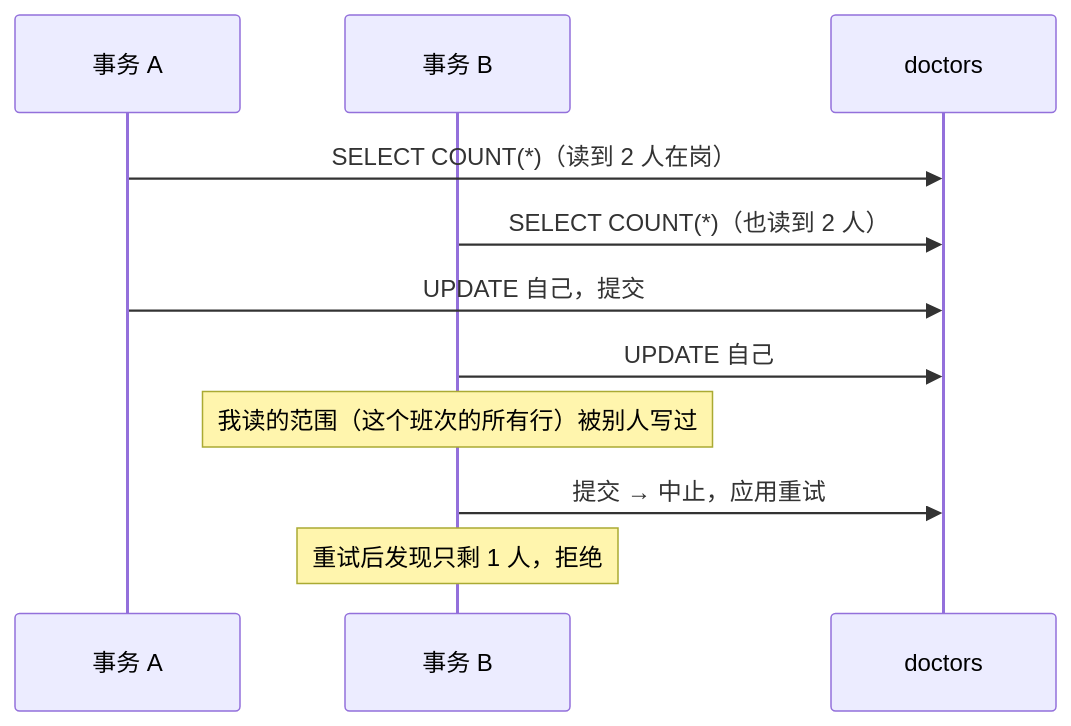
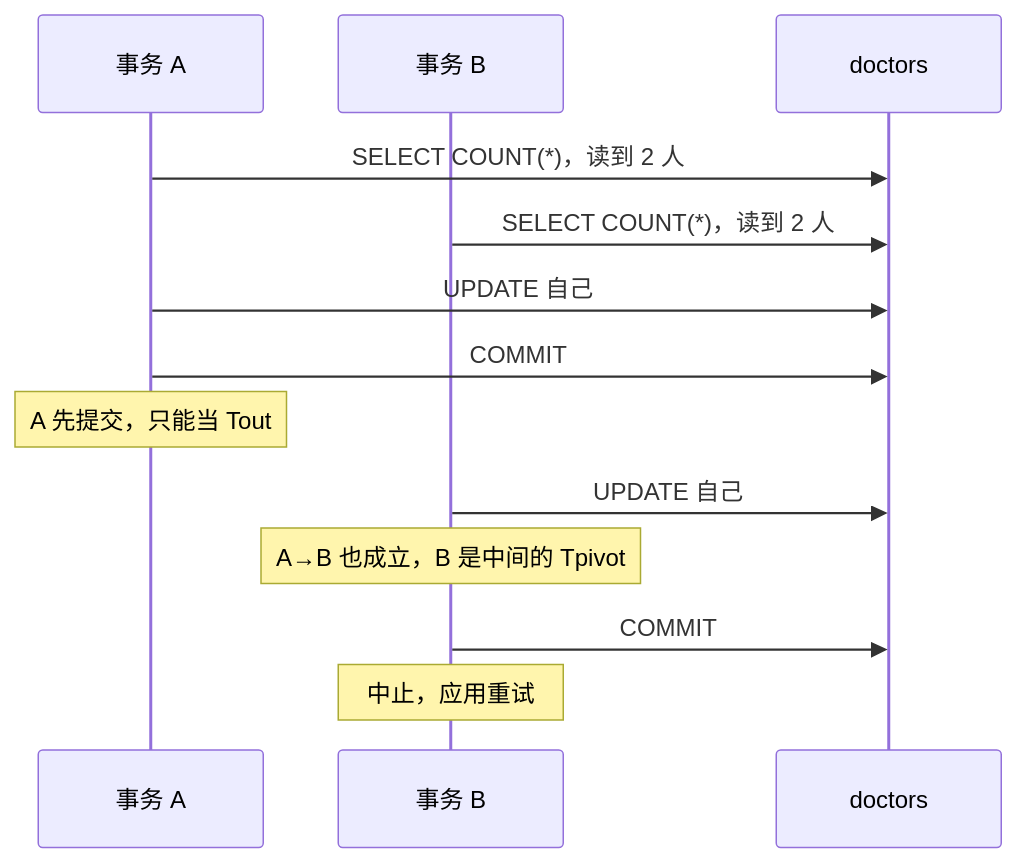
One commit to SumengQAQ/backend-architecture-notes changed the third of 4 diagrams in 04-data_consistency/02-serializability_often_misunderstood.md. Above: the diagram before and after it, drawn with Mermaid. The commit also changed other lines of this file, not shown here.

````diff
--- a/04-data_consistency/02-serializability_often_misunderstood.md
+++ b/04-data_consistency/02-serializability_often_misunderstood.md
@@ -75,14 +110,16 @@
 ```mermaid
 sequenceDiagram
     participant A as 事务 A
     participant B as 事务 B
     participant D as doctors
 
-    A->>D: SELECT COUNT(*)（读到 2 人在岗）
-    B->>D: SELECT COUNT(*)（也读到 2 人）
-    A->>D: UPDATE 自己，提交
+    A->>D: SELECT COUNT(*)，读到 2 人
+    B->>D: SELECT COUNT(*)，读到 2 人
+    A->>D: UPDATE 自己
+    A->>D: COMMIT
+    Note over A: A 先提交，只能当 Tout
     B->>D: UPDATE 自己
-    Note over B: 我读的范围（这个班次的所有行）被别人写过
-    B->>D: 提交 → 中止，应用重试
-    Note over B: 重试后发现只剩 1 人，拒绝
+    Note over B: A→B 也成立，B 是中间的 Tpivot
+    B->>D: COMMIT
+    Note over B: 中止，应用重试
 ```
````
